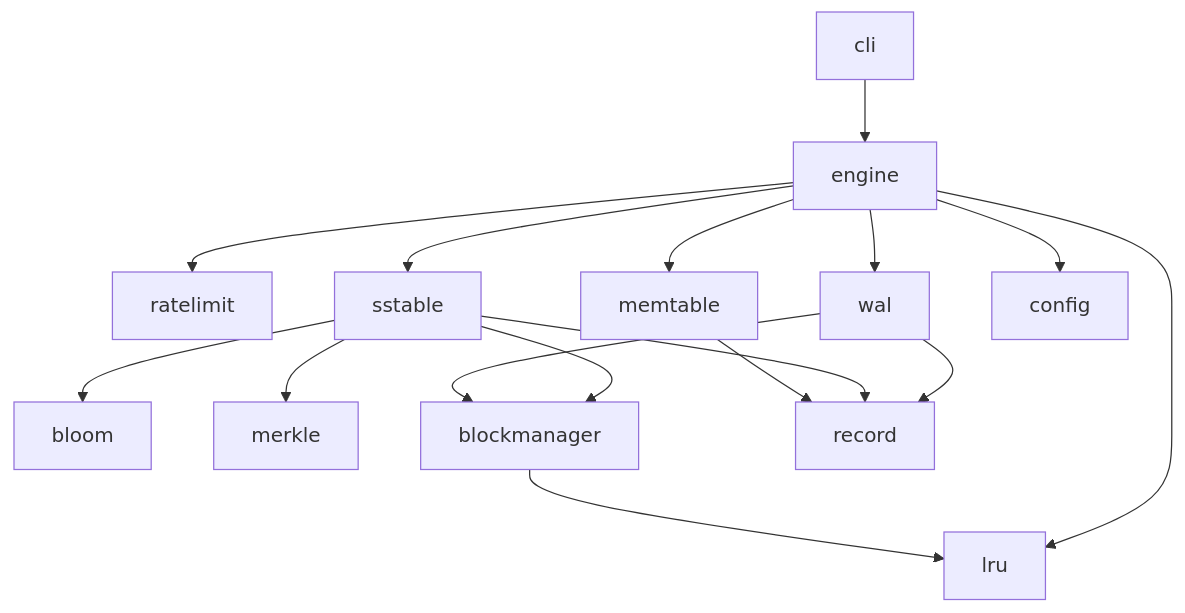
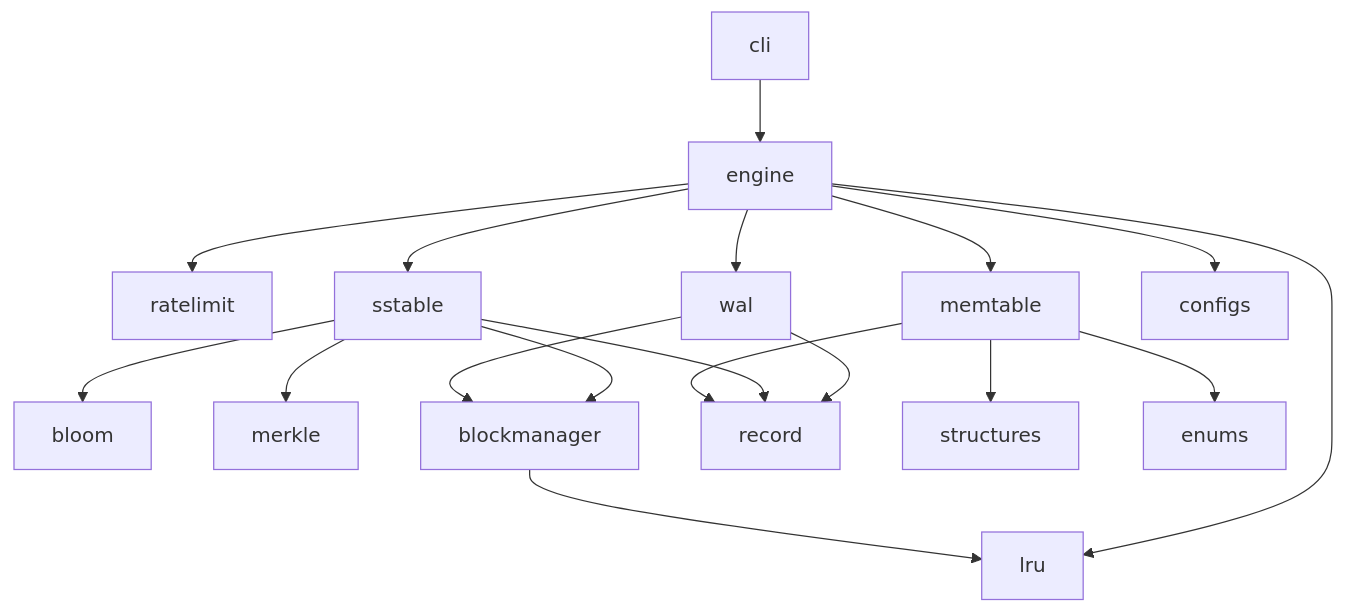
One commit to glorijan-strangar/LSM-Key-Value-engine changed the first of 3 diagrams in README.md. Above: the diagram before and after it, drawn with Mermaid. The commit also changed other lines of this file and 7 other files, not shown here.

Commit message:
feat(memtable): added storage interface, upgraded memtable, added enums package

````diff
--- a/README.md
+++ b/README.md
@@ -81,18 +85,20 @@
 ```mermaid
 flowchart TD
     cli --> engine
     engine --> ratelimit
     engine --> wal
     engine --> memtable
     engine --> sstable
     engine --> lru
     sstable --> bloom
     sstable --> merkle
     sstable --> blockmanager
     wal --> blockmanager
     blockmanager --> lru
     wal --> record
     sstable --> record
     memtable --> record
-    engine --> config
+    memtable --> structures
+    memtable --> enums
+    engine --> configs
 ```
````
